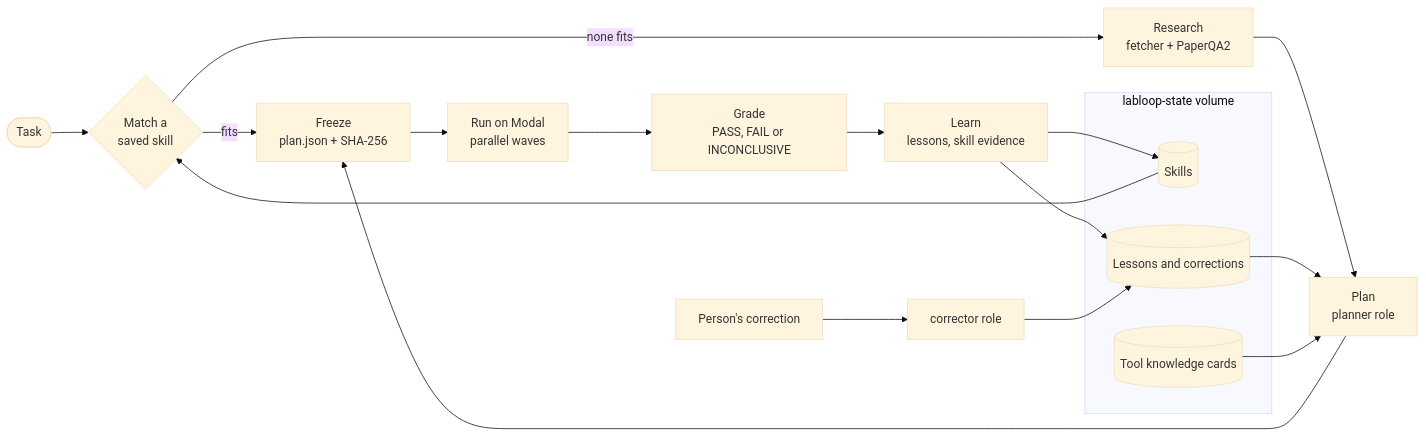
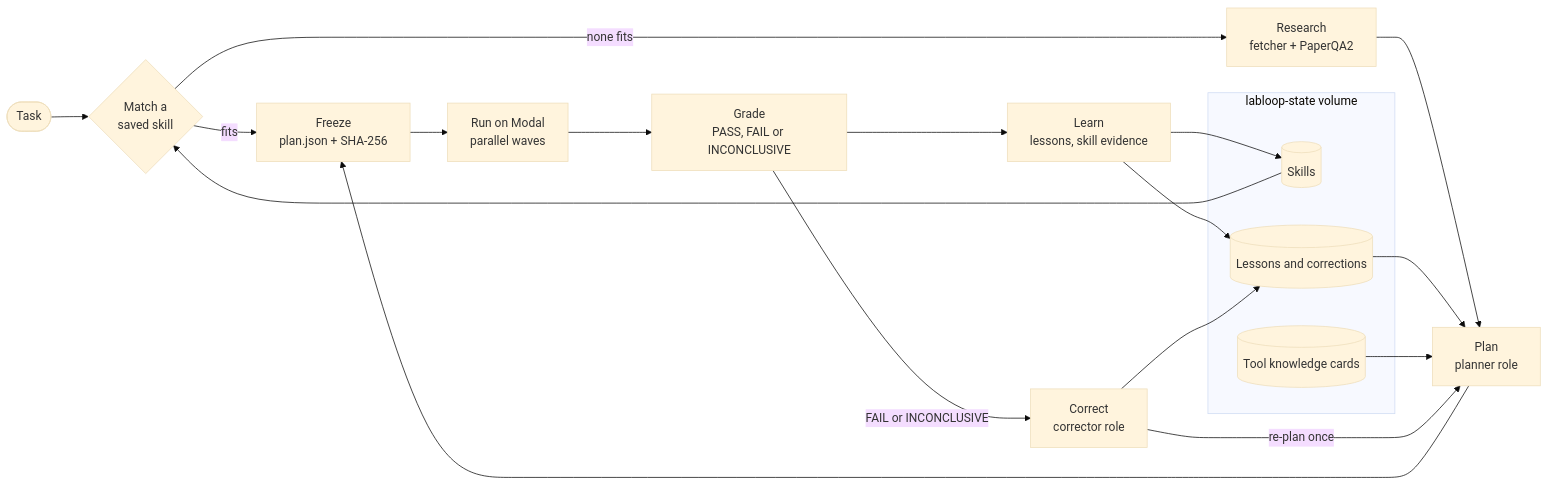
The second of 2 diagrams in README.md (persistentepiphany/mubit-experiments-hackathon), drawn with Mermaid (base theme) before and after one commit. The commit also changed other lines of this file, not shown here.

````diff
--- a/README.md
+++ b/README.md
@@ -78,23 +77,24 @@
 ```mermaid
 flowchart LR
     accTitle: The labloop loop
-    accDescr: A task is matched against saved skills. If none fits it is researched and planned. The plan is frozen, run on Modal, graded and learned from, and the stores feed later runs.
+    accDescr: A task is matched against saved skills. If none fits it is researched and planned. The plan is frozen, run on Modal, graded and learned from. A failed or inconclusive run goes to the corrector, whose rule joins the lessons and drives one re-plan. The stores feed later runs.
 
     task(["Task"]) --> match{"Match a<br/>saved skill"}
     match -- "fits" --> freeze
     match -- "none fits" --> research["Research<br/>fetcher + PaperQA2"] --> plan["Plan<br/>planner role"] --> freeze["Freeze<br/>plan.json + SHA-256"]
     freeze --> run["Run on Modal<br/>parallel waves"] --> grade["Grade<br/>PASS, FAIL or INCONCLUSIVE"] --> learn["Learn<br/>lessons, skill evidence"]
 
     subgraph stores["labloop-state volume"]
         skills[("Skills")]
         lessons[("Lessons and corrections")]
         cards[("Tool knowledge cards")]
     end
 
     skills --> match
     lessons --> plan
     cards --> plan
     learn --> skills
     learn --> lessons
-    fix["Person's correction"] --> corrector["corrector role"] --> lessons
+    grade -- "FAIL or INCONCLUSIVE" --> corrector["Correct<br/>corrector role"] --> lessons
+    corrector -- "re-plan once" --> plan
 ```
````
